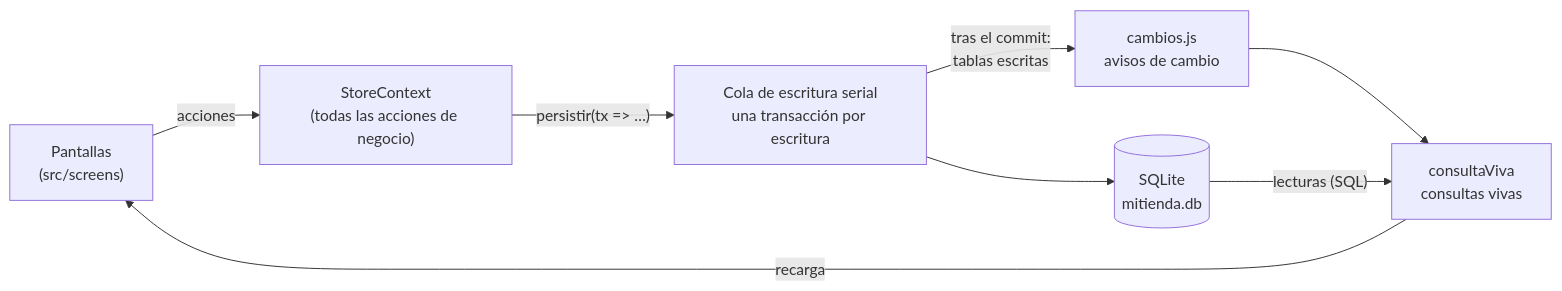
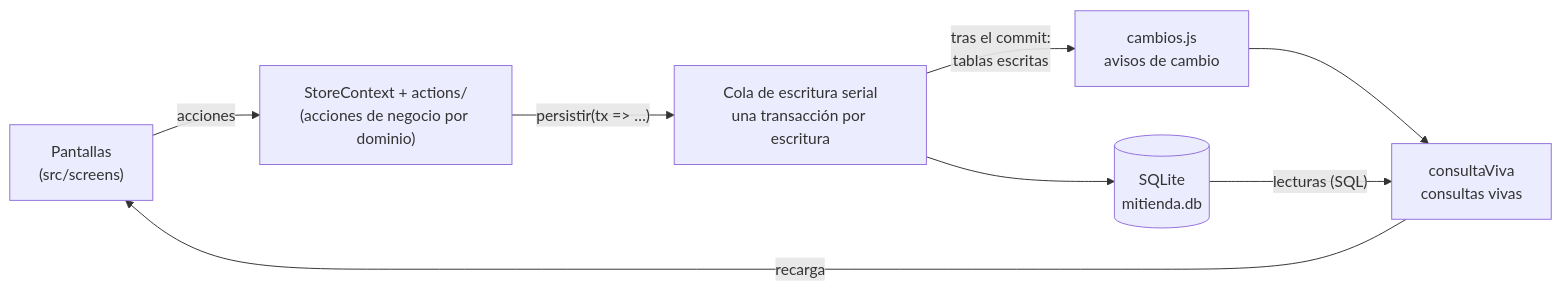
The diagram in README.es.md (sosagonzales0409-max/LudyShop), drawn with Mermaid before and after one commit. The commit also changed other lines of this file and 12 other files, not shown here.

First line of the commit message:
Divide StoreContext en núcleo y acciones por dominio

````diff
--- a/README.es.md
+++ b/README.es.md
@@ -74,10 +74,10 @@
 ```mermaid
 flowchart LR
-    UI["Pantallas<br/>(src/screens)"] -->|acciones| CTX["StoreContext<br/>(todas las acciones de negocio)"]
+    UI["Pantallas<br/>(src/screens)"] -->|acciones| CTX["StoreContext + actions/<br/>(acciones de negocio por dominio)"]
     CTX -->|"persistir(tx => …)"| Q["Cola de escritura serial<br/>una transacción por escritura"]
     Q --> DB[("SQLite<br/>mitienda.db")]
     Q -->|"tras el commit:<br/>tablas escritas"| EV["cambios.js<br/>avisos de cambio"]
     EV --> LIVE["consultaViva<br/>consultas vivas"]
     LIVE -->|recarga| UI
     DB -->|"lecturas (SQL)"| LIVE
 ```
````
